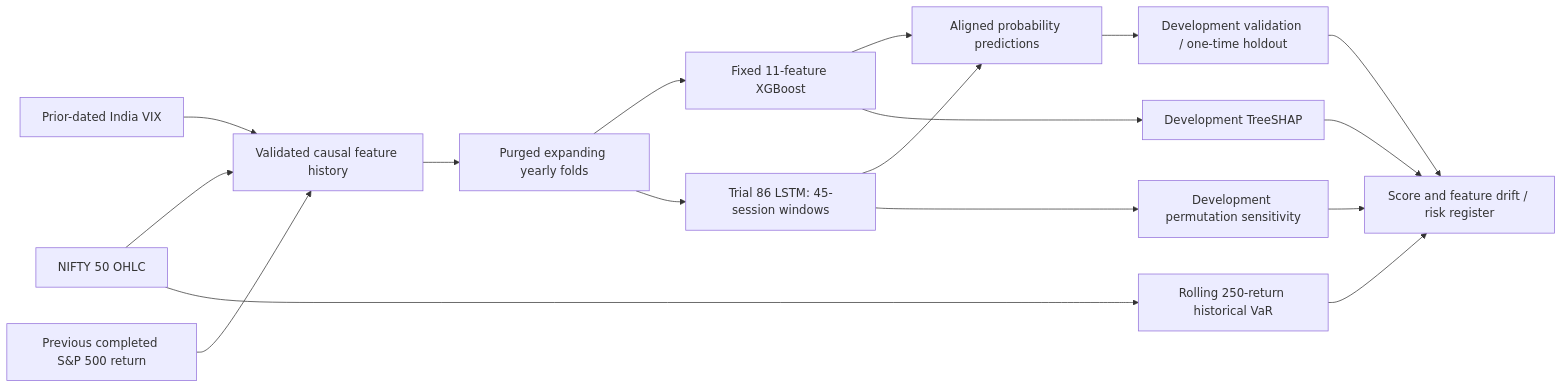
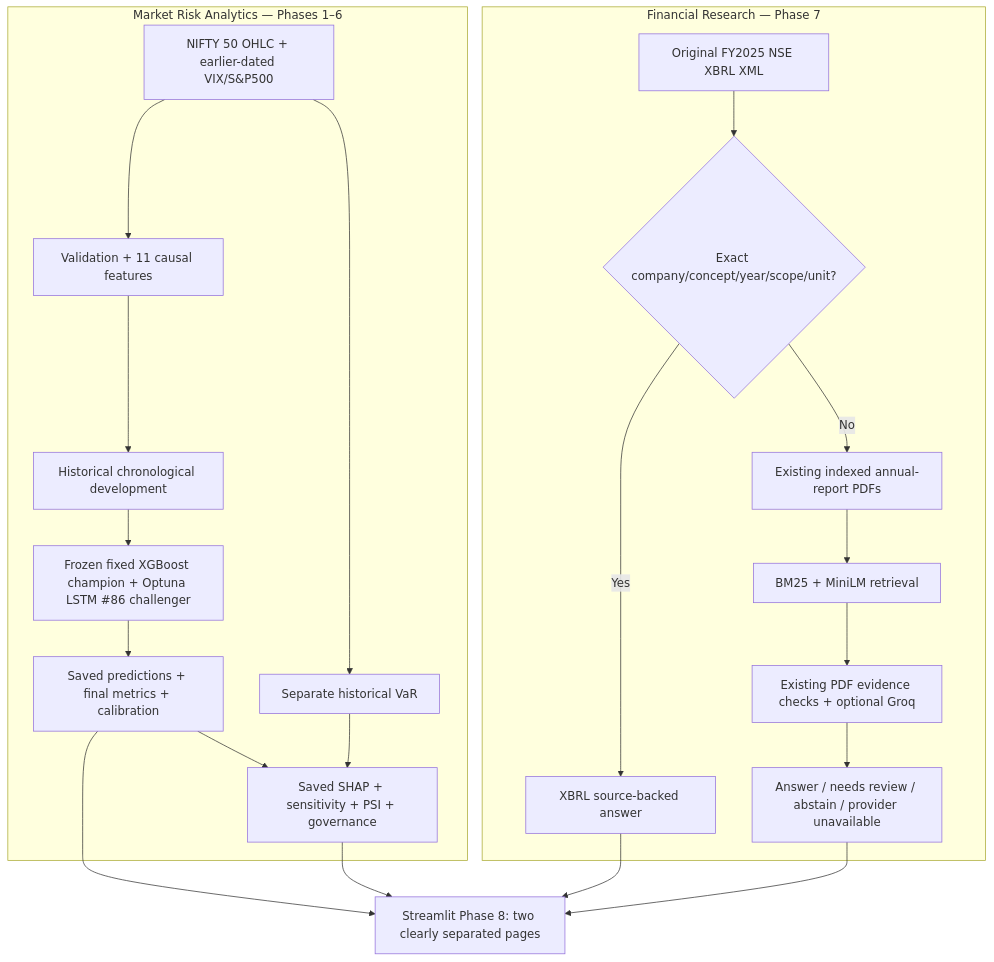
The diagram in README.md (devshah207/RiskLens), drawn with Mermaid before and after one commit. The commit also changed other lines of this file and 6 other files, not shown here.

````diff
--- a/README.md
+++ b/README.md
@@ -22,19 +26,24 @@
 ```mermaid
-flowchart LR
-  A[NIFTY 50 OHLC] --> D[Validated causal feature history]
-  B[Prior-dated India VIX] --> D
-  C[Previous completed S&P 500 return] --> D
-  D --> E[Purged expanding yearly folds]
-  E --> F[Fixed 11-feature XGBoost]
-  E --> G[Trial 86 LSTM: 45-session windows]
-  F --> H[Aligned probability predictions]
-  G --> H
-  H --> I[Development validation / one-time holdout]
-  A --> J[Rolling 250-return historical VaR]
-  I --> K[Score and feature drift / risk register]
-  J --> K
-  F --> L[Development TreeSHAP]
-  G --> M[Development permutation sensitivity]
-  L --> K
-  M --> K
+flowchart TB
+  subgraph Risk[Market Risk Analytics — Phases 1–6]
+    A[NIFTY 50 OHLC + earlier-dated VIX/S&P500] --> B[Validation + 11 causal features]
+    B --> C[Historical chronological development]
+    C --> D[Frozen fixed XGBoost champion + Optuna LSTM #86 challenger]
+    D --> E[Saved predictions + final metrics + calibration]
+    A --> F[Separate historical VaR]
+    E --> G[Saved SHAP + sensitivity + PSI + governance]
+    F --> G
+  end
+  subgraph Research[Financial Research — Phase 7]
+    X[Original FY2025 NSE XBRL XML] --> Y{Exact company/concept/year/scope/unit?}
+    Y -->|Yes| Z[XBRL source-backed answer]
+    Y -->|No| P[Existing indexed annual-report PDFs]
+    P --> Q[BM25 + MiniLM retrieval]
+    Q --> R[Existing PDF evidence checks + optional Groq]
+    R --> S[Answer / needs review / abstain / provider unavailable]
+  end
+  E --> UI[Streamlit Phase 8: two clearly separated pages]
+  G --> UI
+  Z --> UI
+  S --> UI
 ```
````
